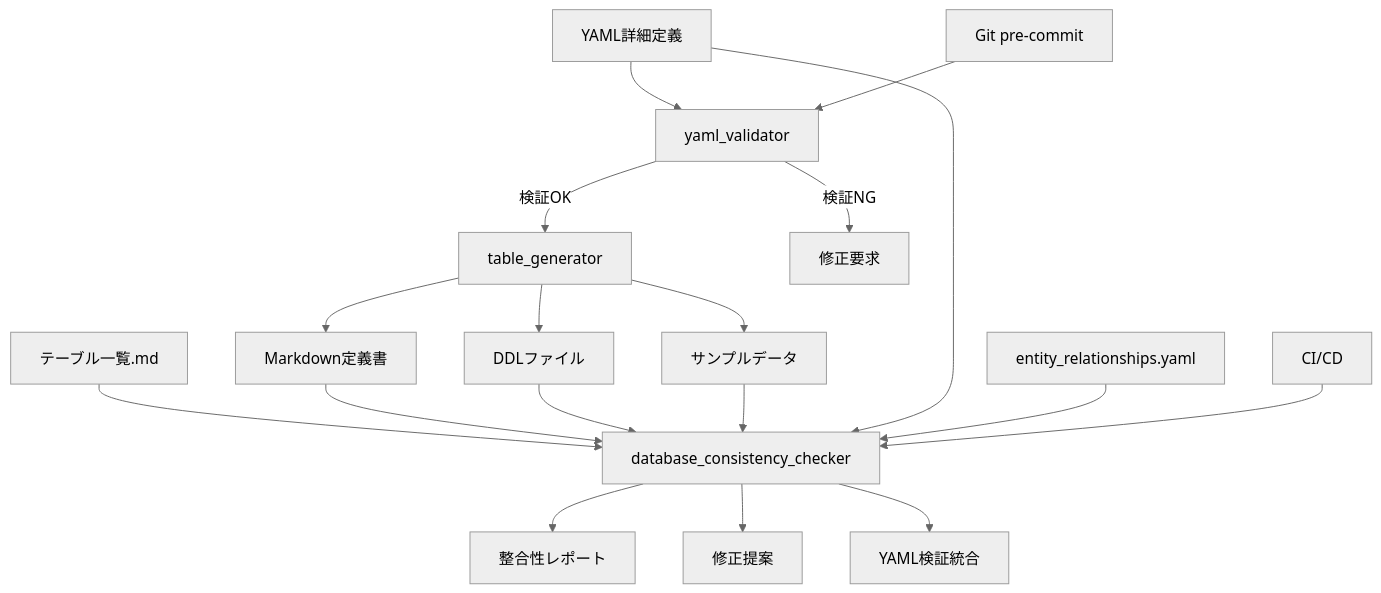
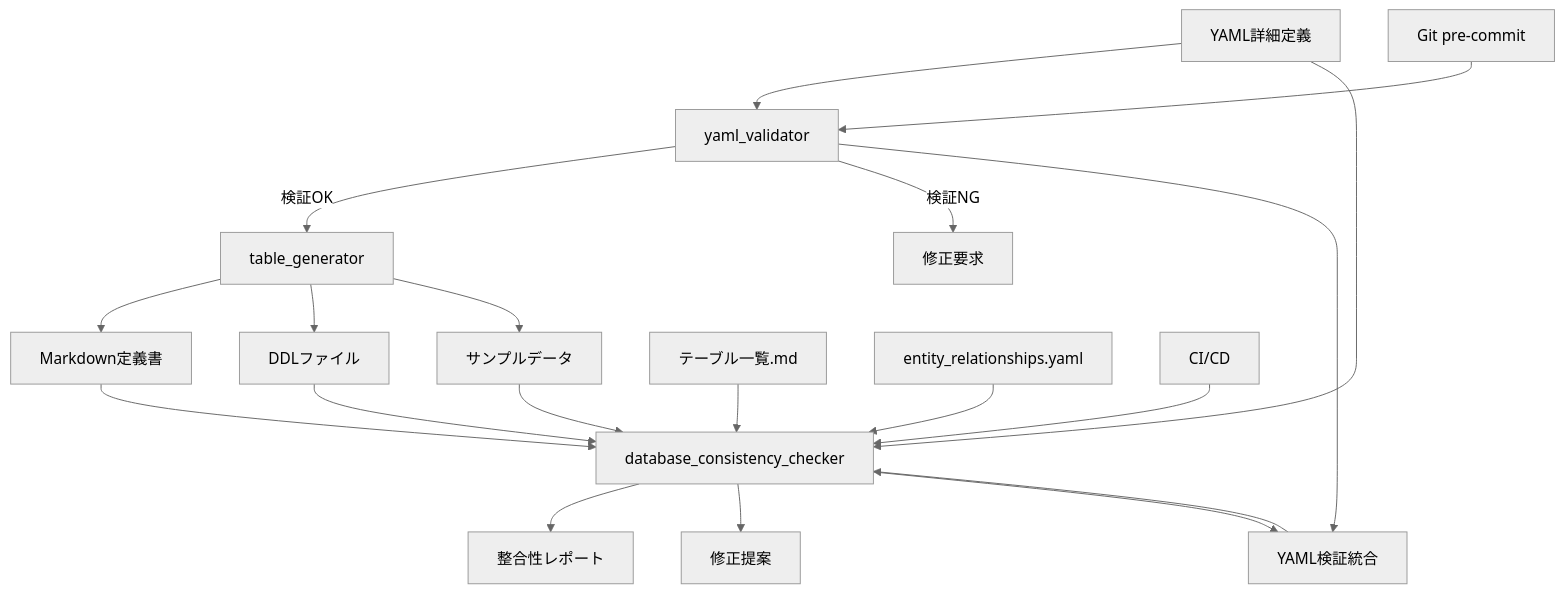
One commit to sas-dx/skill-report-web changed the diagram in docs/design/database/tools/README.md. Above: the diagram before and after it, drawn with Mermaid (neutral theme). The commit also changed other lines of this file, not shown here.

````diff
--- a/docs/design/database/tools/README.md
+++ b/docs/design/database/tools/README.md
@@ -56,25 +57,28 @@
 ```mermaid
 graph TD
     A[YAML詳細定義] --> B[yaml_validator]
     B --> |検証OK| C[table_generator]
     B --> |検証NG| B1[修正要求]
     
     C --> D[Markdown定義書]
     C --> E[DDLファイル]
     C --> F[サンプルデータ]
     
     G[テーブル一覧.md] --> H[database_consistency_checker]
     D --> H
     E --> H
     F --> H
     A --> H
     
     H --> I[整合性レポート]
     H --> J[修正提案]
     H --> K[YAML検証統合]
     
     L[entity_relationships.yaml] --> H
     
     M[Git pre-commit] --> B
     N[CI/CD] --> H
+    
+    B --> K[YAML検証統合]
+    K --> H
 ```
````
